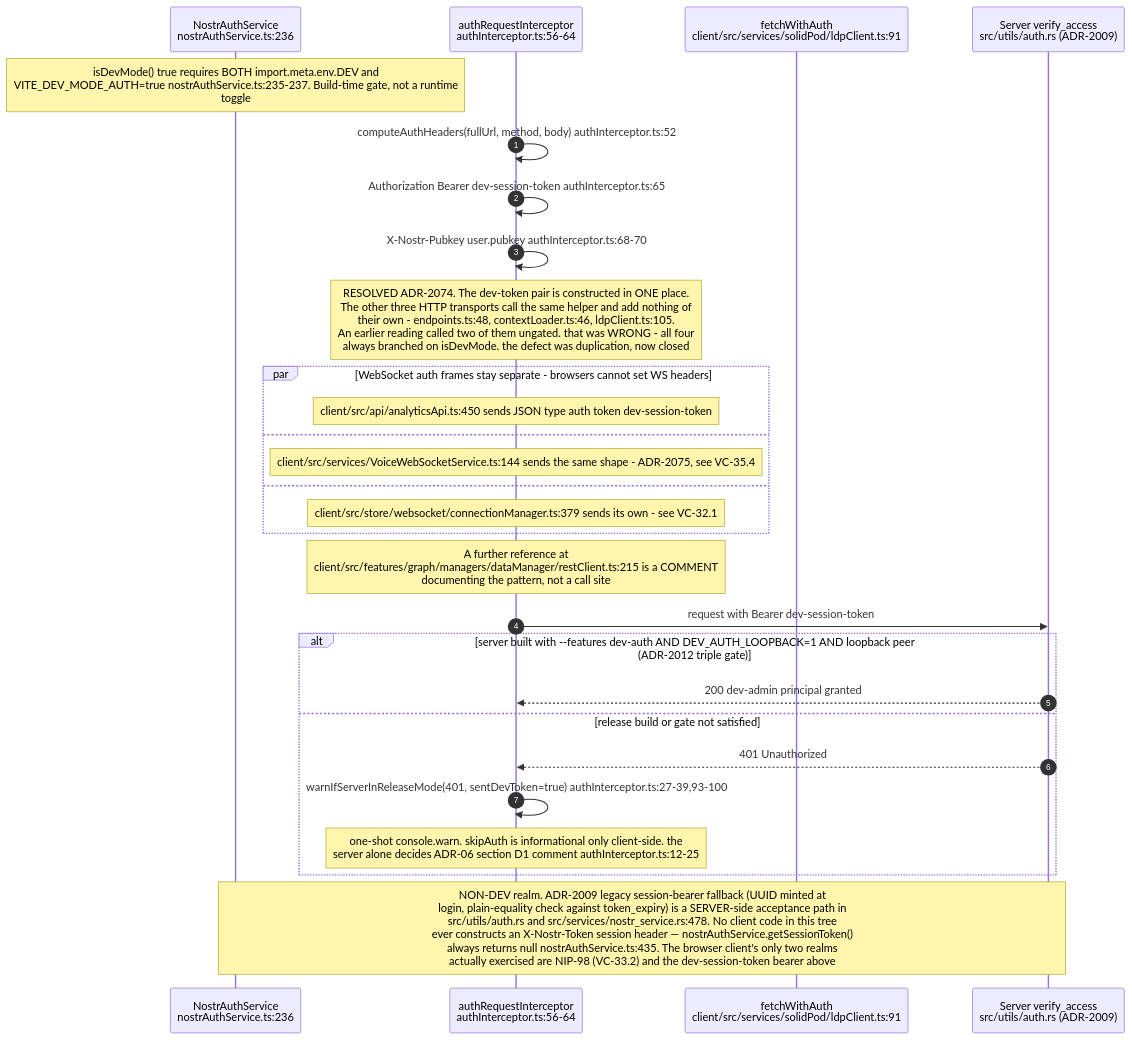
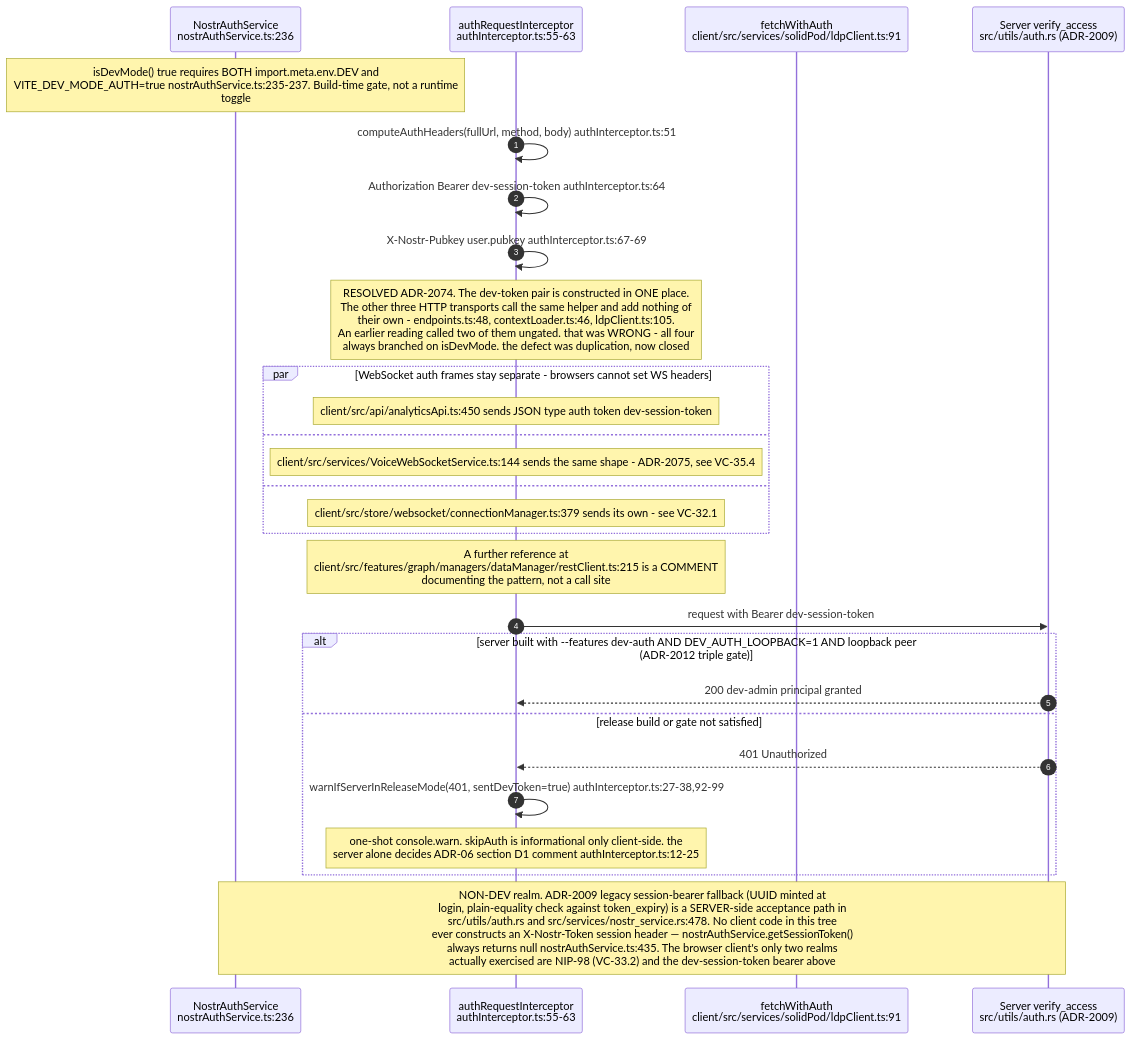
One commit to DreamLab-AI/VisionFlow changed the third of 8 diagrams in docs/diagrams/visionclaw/33-client-auth-and-identity.md. Above: the diagram before and after it, drawn with Mermaid. The commit also changed other lines of this file and 136 other files, not shown here.

First line of the commit message:
docs(diagrams): refresh the whole corpus to code HEAD and prune low-value diagrams

````diff
--- a/docs/diagrams/visionclaw/33-client-auth-and-identity.md
+++ b/docs/diagrams/visionclaw/33-client-auth-and-identity.md
@@ -156,32 +156,32 @@
 ```mermaid
 sequenceDiagram
     autonumber
     participant NA as NostrAuthService<br/>nostrAuthService.ts:236
-    participant AI as authRequestInterceptor<br/>authInterceptor.ts:56-64
+    participant AI as authRequestInterceptor<br/>authInterceptor.ts:55-63
     participant LDP as fetchWithAuth<br/>client/src/services/solidPod/ldpClient.ts:91
     participant S as Server verify_access<br/>src/utils/auth.rs (ADR-2009)
 
     Note over NA: isDevMode() true requires BOTH import.meta.env.DEV and<br/>VITE_DEV_MODE_AUTH=true nostrAuthService.ts:235-237. Build-time gate, not a runtime<br/>toggle
-    AI->>AI: computeAuthHeaders(fullUrl, method, body) authInterceptor.ts:52
-    AI->>AI: Authorization Bearer dev-session-token authInterceptor.ts:65
-    AI->>AI: X-Nostr-Pubkey user.pubkey authInterceptor.ts:68-70
+    AI->>AI: computeAuthHeaders(fullUrl, method, body) authInterceptor.ts:51
+    AI->>AI: Authorization Bearer dev-session-token authInterceptor.ts:64
+    AI->>AI: X-Nostr-Pubkey user.pubkey authInterceptor.ts:67-69
     Note over AI: RESOLVED ADR-2074. The dev-token pair is constructed in ONE place.<br/>The other three HTTP transports call the same helper and add nothing of<br/>their own - endpoints.ts:48, contextLoader.ts:46, ldpClient.ts:105.<br/>An earlier reading called two of them ungated. that was WRONG - all four<br/>always branched on isDevMode. the defect was duplication, now closed
     par WebSocket auth frames stay separate - browsers cannot set WS headers
         Note over AI: client/src/api/analyticsApi.ts:450 sends JSON type auth token dev-session-token
     and
         Note over AI: client/src/services/VoiceWebSocketService.ts:144 sends the same shape - ADR-2075, see VC-35.4
     and
         Note over AI: client/src/store/websocket/connectionManager.ts:379 sends its own - see VC-32.1
     end
     Note over AI: A further reference at<br/>client/src/features/graph/managers/dataManager/restClient.ts:215 is a COMMENT<br/>documenting the pattern, not a call site
     AI->>S: request with Bearer dev-session-token
     alt server built with --features dev-auth AND DEV_AUTH_LOOPBACK=1 AND loopback peer<br/>(ADR-2012 triple gate)
         S-->>AI: 200 dev-admin principal granted
     else release build or gate not satisfied
         S-->>AI: 401 Unauthorized
-        AI->>AI: warnIfServerInReleaseMode(401, sentDevToken=true) authInterceptor.ts:27-39,93-100
+        AI->>AI: warnIfServerInReleaseMode(401, sentDevToken=true) authInterceptor.ts:27-38,92-99
         Note over AI: one-shot console.warn. skipAuth is informational only client-side. the<br/>server alone decides ADR-06 section D1 comment authInterceptor.ts:12-25
     end
 
     Note over NA,S: NON-DEV realm. ADR-2009 legacy session-bearer fallback (UUID minted at<br/>login, plain-equality check against token_expiry) is a SERVER-side acceptance path in<br/>src/utils/auth.rs and src/services/nostr_service.rs:478. No client code in this tree<br/>ever constructs an X-Nostr-Token session header — nostrAuthService.getSessionToken()<br/>always returns null nostrAuthService.ts:435. The browser client's only two realms<br/>actually exercised are NIP-98 (VC-33.2) and the dev-session-token bearer above
 ```
````
